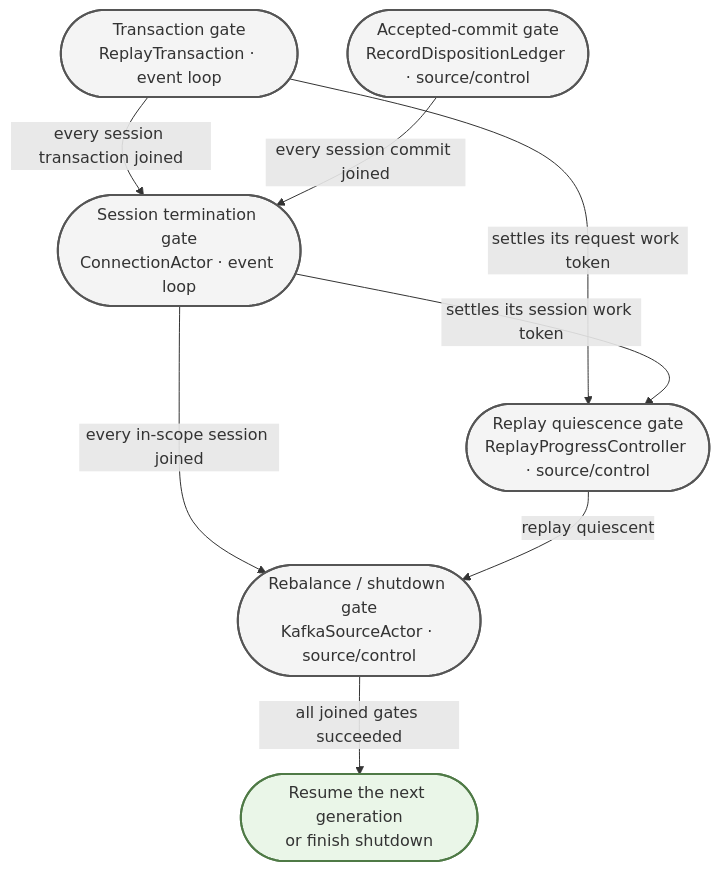
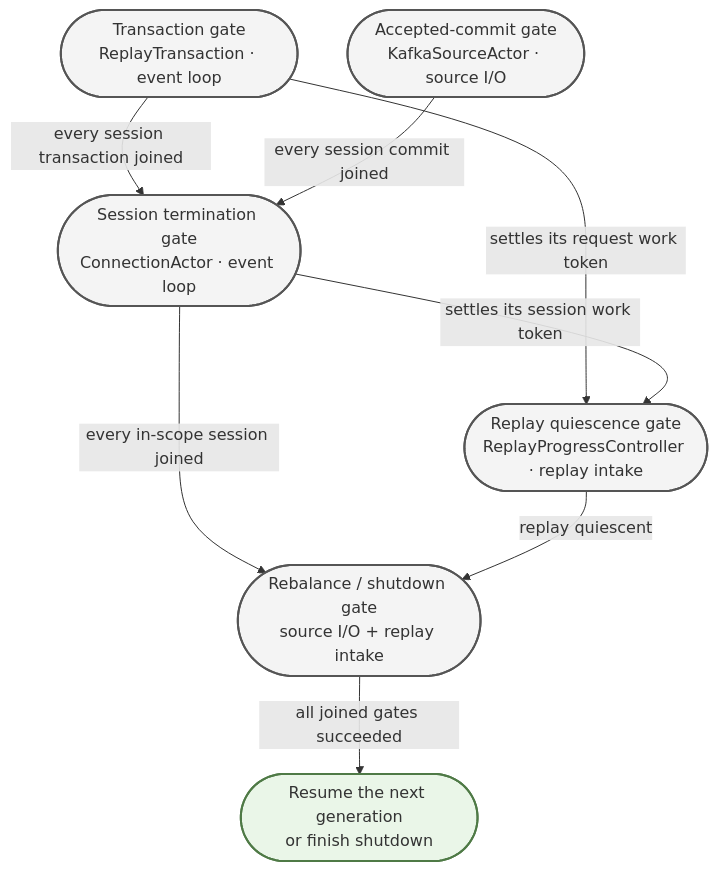
One commit to opensearch-project/opensearch-migrations changed the third of 4 diagrams in docs/replayerHardenedArchitectureDesign.md. Above: the diagram before and after it, drawn with Mermaid. The commit also changed other lines of this file and 9 other files, not shown here.

````diff
--- a/docs/replayerHardenedArchitectureDesign.md
+++ b/docs/replayerHardenedArchitectureDesign.md
@@ -703,22 +723,22 @@
 ```mermaid
 flowchart TD
     TXN(["Transaction gate<br/>ReplayTransaction · event loop"])
-    COMMIT(["Accepted-commit gate<br/>RecordDispositionLedger · source/control"])
+    COMMIT(["Accepted-commit gate<br/>KafkaSourceActor · source I/O"])
     SESSION(["Session termination gate<br/>ConnectionActor · event loop"])
-    DRAIN(["Replay quiescence gate<br/>ReplayProgressController · source/control"])
-    LIFE(["Rebalance / shutdown gate<br/>KafkaSourceActor · source/control"])
+    DRAIN(["Replay quiescence gate<br/>ReplayProgressController · replay intake"])
+    LIFE(["Rebalance / shutdown gate<br/>source I/O + replay intake"])
     GO(["Resume the next generation<br/>or finish shutdown"])
 
     TXN -->|"every session transaction joined"| SESSION
     COMMIT -->|"every session commit joined"| SESSION
     TXN -->|"settles its request work token"| DRAIN
     SESSION -->|"settles its session work token"| DRAIN
     SESSION -->|"every in-scope session joined"| LIFE
     DRAIN -->|"replay quiescent"| LIFE
     LIFE -->|"all joined gates succeeded"| GO
 
     classDef gate fill:#f4f4f4,stroke:#555555,stroke-width:2px
     classDef terminal fill:#eaf6e8,stroke:#4f7a46,stroke-width:2px
     class TXN,COMMIT,SESSION,DRAIN,LIFE gate
     class GO terminal
 ```
````
